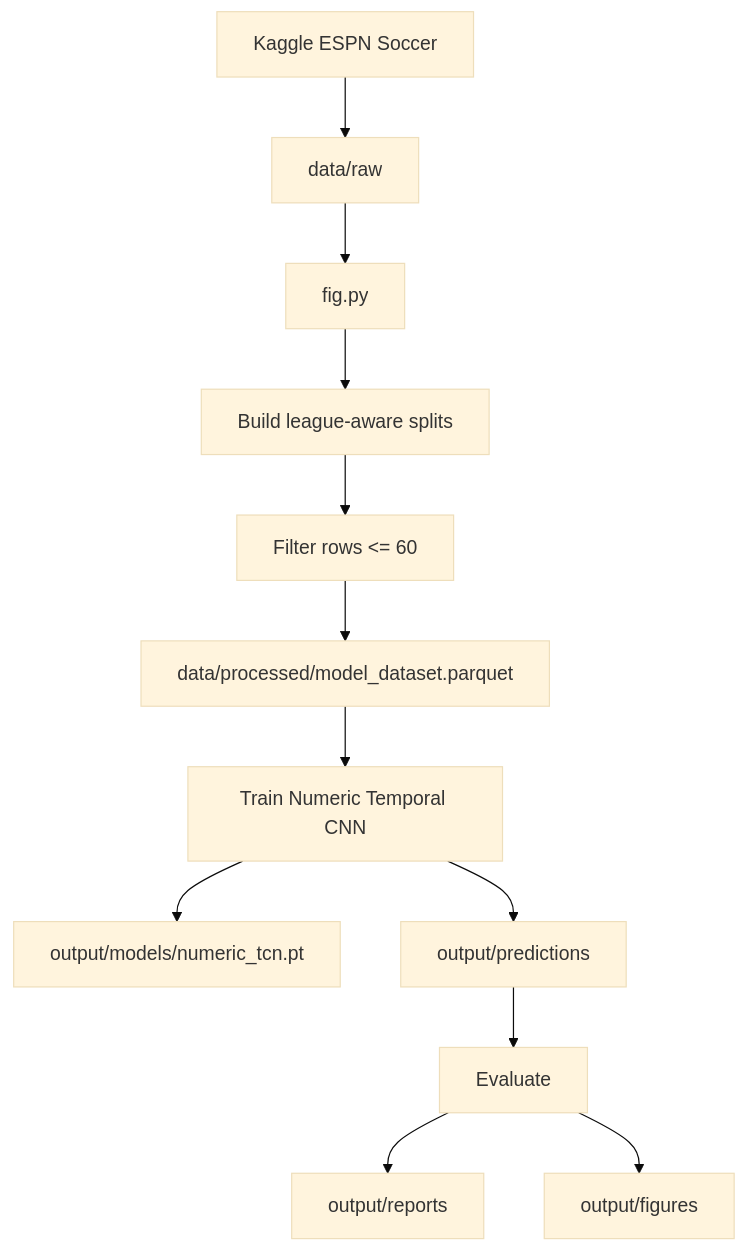
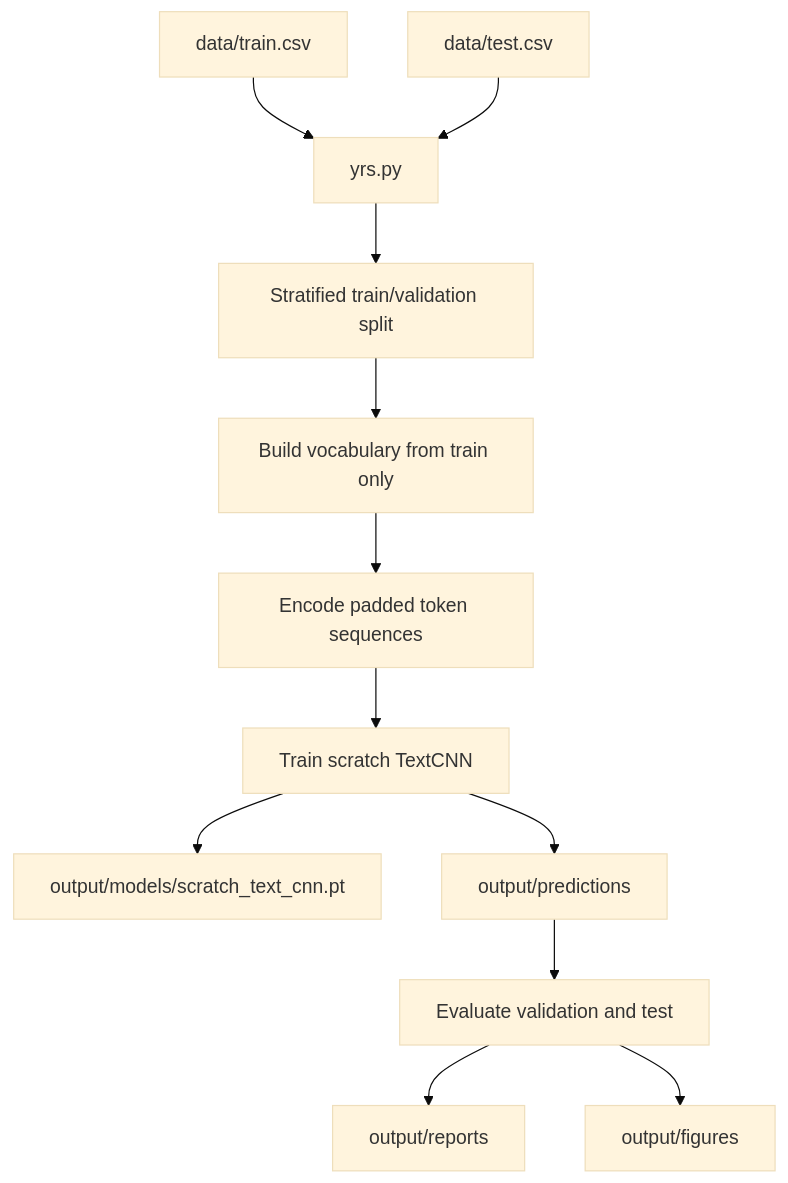
The first of 3 diagrams in docs/architecture.md (oguzhanozkaya/chess-position-recognition), drawn with Mermaid (base theme) before and after one commit. The commit also changed other lines of this file and 14 other files, not shown here.

````diff
--- a/docs/architecture.md
+++ b/docs/architecture.md
@@ -32,14 +31,14 @@
 ```mermaid
 flowchart TD
-    A[Kaggle ESPN Soccer] --> B[data/raw]
-    B --> C[fig.py]
-    C --> D[Build league-aware splits]
-    D --> E[Filter rows <= 60]
-    E --> F[data/processed/model_dataset.parquet]
-    F --> G[Train Numeric Temporal CNN]
-    G --> H[output/models/numeric_tcn.pt]
+    A[data/train.csv] --> B[yrs.py]
+    C[data/test.csv] --> B
+    B --> D[Stratified train/validation split]
+    D --> E[Build vocabulary from train only]
+    E --> F[Encode padded token sequences]
+    F --> G[Train scratch TextCNN]
+    G --> H[output/models/scratch_text_cnn.pt]
     G --> I[output/predictions]
-    I --> J[Evaluate]
+    I --> J[Evaluate validation and test]
     J --> K[output/reports]
     J --> L[output/figures]
 ```
````
